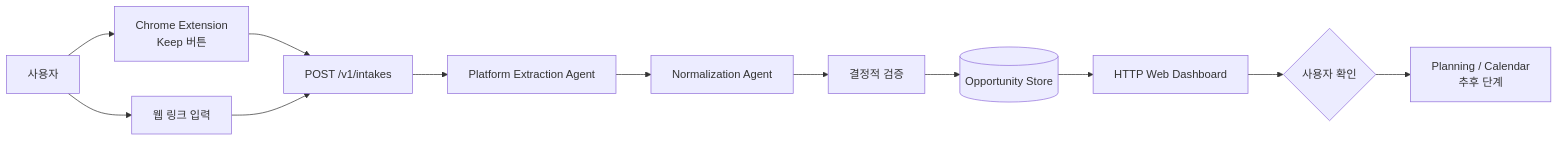
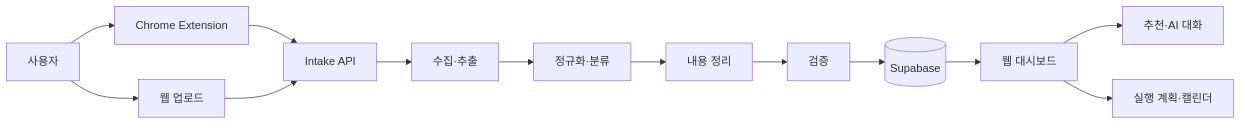
The diagram in README.md (nxtcloud-edu/2026_KNUxKU_summer_camp_team06), drawn with Mermaid before and after one commit. The commit also changed other lines of this file, not shown here.

Commit message:
docs: rewrite project overview and agent flow

````diff
--- a/README.md
+++ b/README.md
@@ -25,14 +22,15 @@
 ```mermaid
 flowchart LR
-  U[사용자] --> E[Chrome Extension<br/>Keep 버튼]
-  U --> L[웹 링크 입력]
-  E --> I[POST /v1/intakes]
-  L --> I
-  I --> P[Platform Extraction Agent]
-  P --> N[Normalization Agent]
-  N --> V[결정적 검증]
-  V --> S[(Opportunity Store)]
-  S --> W[HTTP Web Dashboard]
-  W --> C{사용자 확인}
-  C --> D[Planning / Calendar<br/>추후 단계]
+  U[사용자] --> E[Chrome Extension]
+  U --> W[웹 업로드]
+  E --> I[Intake API]
+  W --> I
+  I --> X[수집·추출]
+  X --> N[정규화·분류]
+  N --> S[내용 정리]
+  S --> V[검증]
+  V --> DB[(Supabase)]
+  DB --> D[웹 대시보드]
+  D --> R[추천·AI 대화]
+  D --> P[실행 계획·캘린더]
 ```
````
